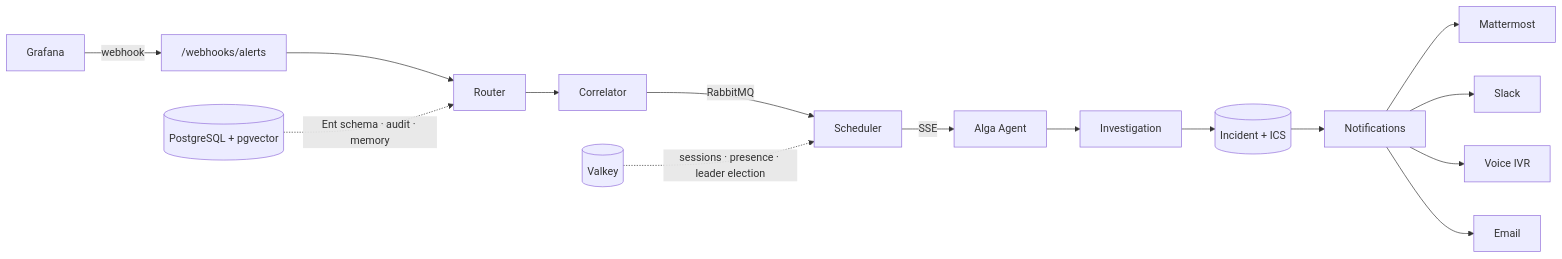
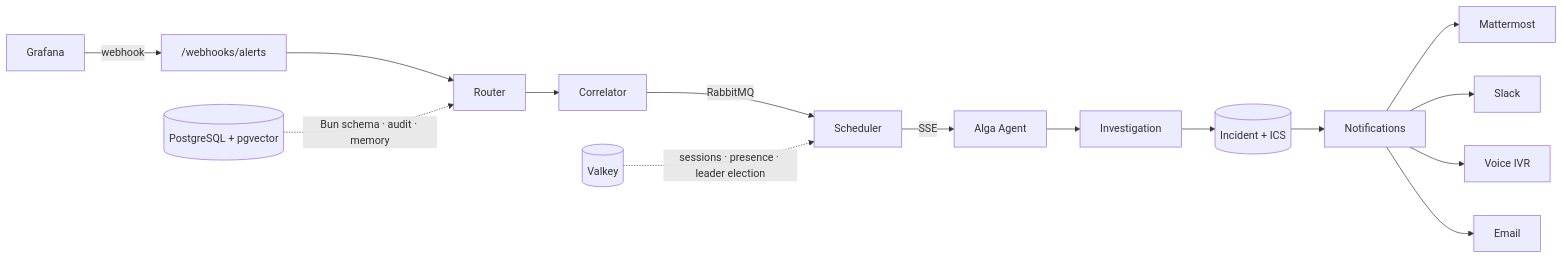
Before and after one commit to hahnavi/alga: the diagram in README.md, drawn with Mermaid. The commit also changed other lines of this file and 703 other files, not shown here.

First line of the commit message:
refactor(backend): replace Ent ORM with Bun + pgx/v5 + Goose + pgvector-go (#71)

````diff
--- a/README.md
+++ b/README.md
@@ -95,17 +95,17 @@
 ```mermaid
 flowchart LR
     Grafana -->|webhook| /webhooks/alerts
     /webhooks/alerts --> Router
     Router --> Correlator
     Correlator -->|RabbitMQ| Scheduler
     Scheduler -->|SSE| AlgaAgent[Alga Agent]
     AlgaAgent --> Investigation
     Investigation --> Incidents[(Incident + ICS)]
     Incidents --> Notifications
     Notifications --> Mattermost
     Notifications --> Slack
     Notifications --> Voice[Voice IVR]
     Notifications --> Email
     Valkey[(Valkey)] -.->|sessions · presence · leader election| Scheduler
-    Postgres[(PostgreSQL + pgvector)] -.->|Ent schema · audit · memory| Router
+    Postgres[(PostgreSQL + pgvector)] -.->|Bun schema · audit · memory| Router
 ```
````
